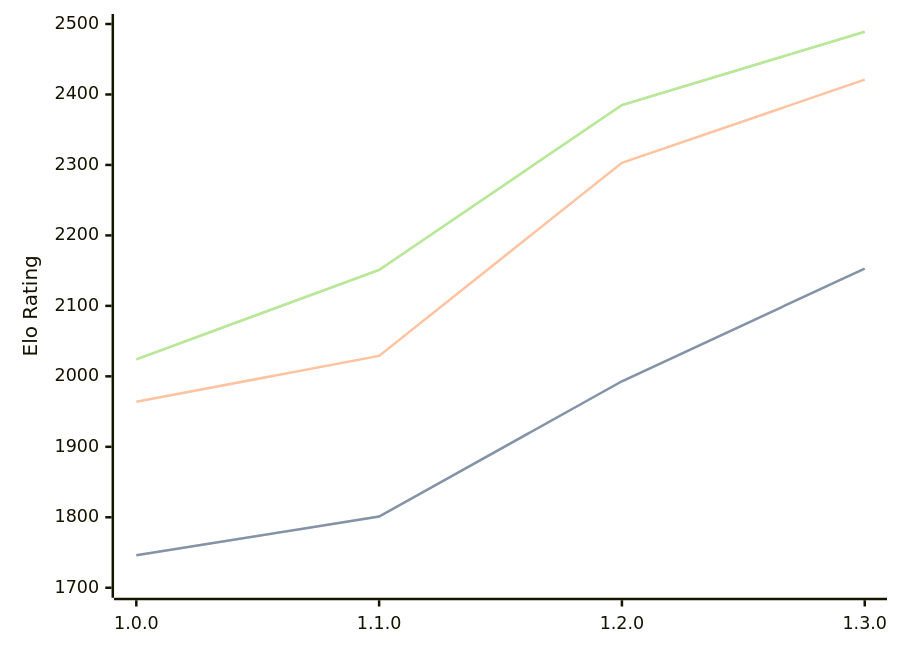
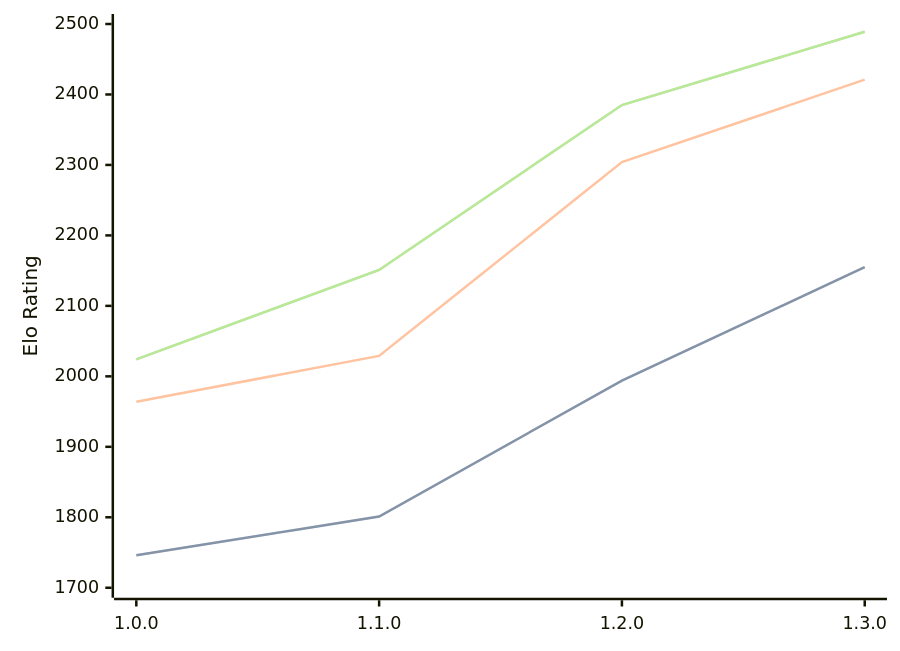
The diagram in engines/Anodos.md (computer-chess-index/cci), drawn with Mermaid before and after one commit. The commit also changed other lines of this file, not shown here.

````diff
--- a/engines/Anodos.md
+++ b/engines/Anodos.md
@@ -34,11 +34,11 @@
 ```mermaid
 %%{init: {"theme":"base","themeVariables":{"seriesColors:['#a3a3a3','#222221','#faa371']}}}%%
 xychart-beta
   x-axis ["1.0.0", "1.1.0", "1.2.0", "1.3.0"]
   y-axis "Elo Rating" 1700 --> 2500
-  line "STC (8.0+0.08s)" [1746, 1801, 1993, 2153]
-  line "STC (8.0+0.08s)" [1746, 1801, 1993, 2153]
-  line "LTC (60.0+0.60s)" [1964, 2029, 2303, 2421]
+  line "STC (8.0+0.08s)" [1746, 1801, 1994, 2155]
+  line "STC (8.0+0.08s)" [1746, 1801, 1994, 2155]
+  line "LTC (60.0+0.60s)" [1964, 2029, 2304, 2421]
   line "VLTC (2m24s+1.12s)" [2024, 2151, 2385, 2489]
   line "VLTC (2m24s+1.12s)" [2024, 2151, 2385, 2489]
 ```
````
